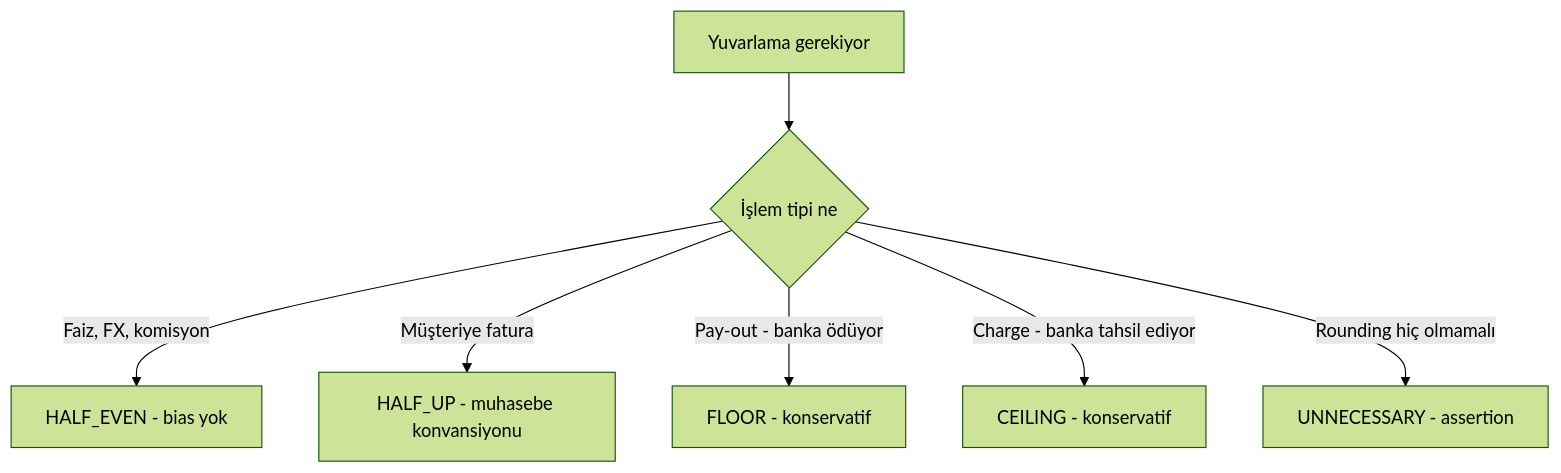
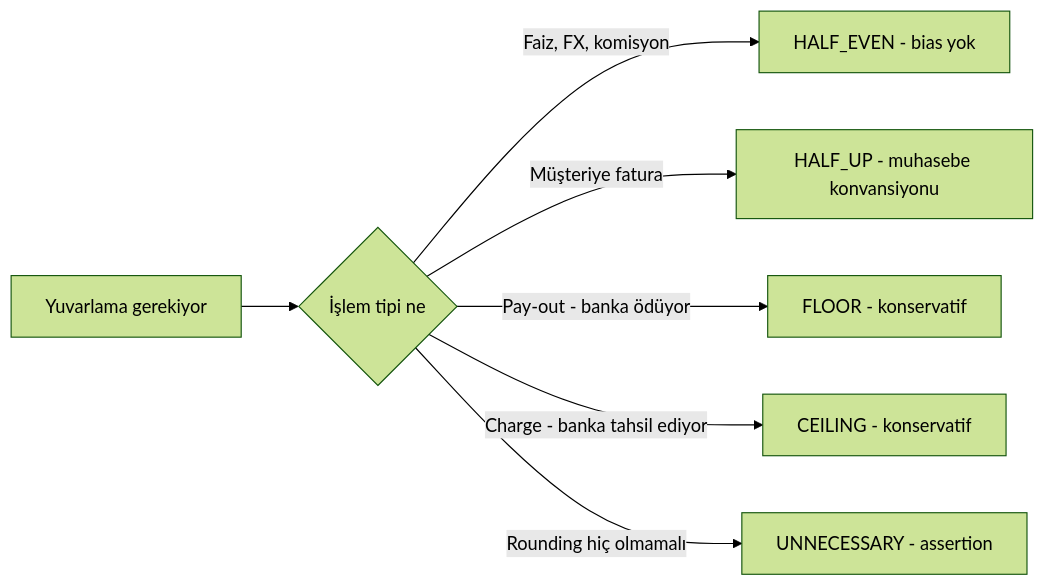
One commit to adraarda23/banking-learning changed the third of 5 diagrams in 01-foundation/03-money-handling/README.md. Above: the diagram before and after it, drawn with Mermaid (forest theme). The commit also changed other lines of this file and 37 other files, not shown here.

````diff
--- a/01-foundation/03-money-handling/README.md
+++ b/01-foundation/03-money-handling/README.md
@@ -220,9 +194,9 @@
 ```mermaid
-flowchart TD
+flowchart LR
     A["Yuvarlama gerekiyor"] --> B{"İşlem tipi ne"}
     B -->|"Faiz, FX, komisyon"| C["HALF_EVEN - bias yok"]
     B -->|"Müşteriye fatura"| D["HALF_UP - muhasebe konvansiyonu"]
     B -->|"Pay-out - banka ödüyor"| E["FLOOR - konservatif"]
     B -->|"Charge - banka tahsil ediyor"| F["CEILING - konservatif"]
     B -->|"Rounding hiç olmamalı"| G["UNNECESSARY - assertion"]
 ```
````
